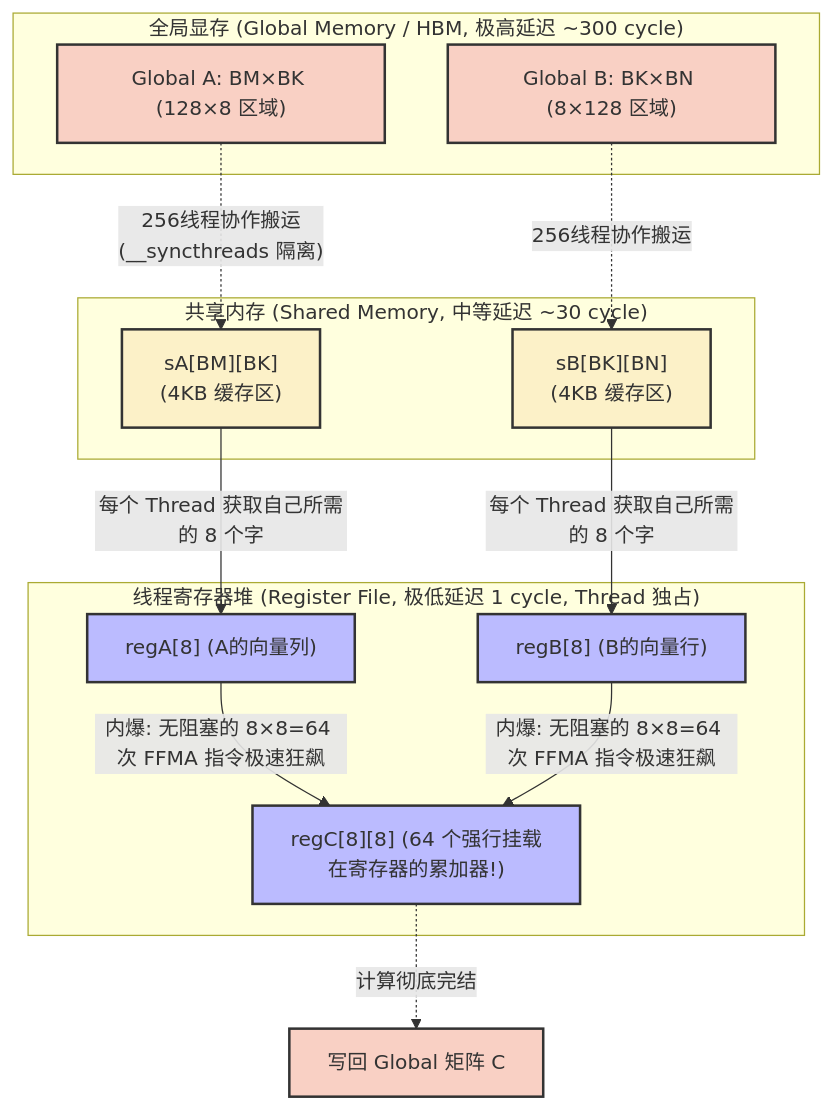
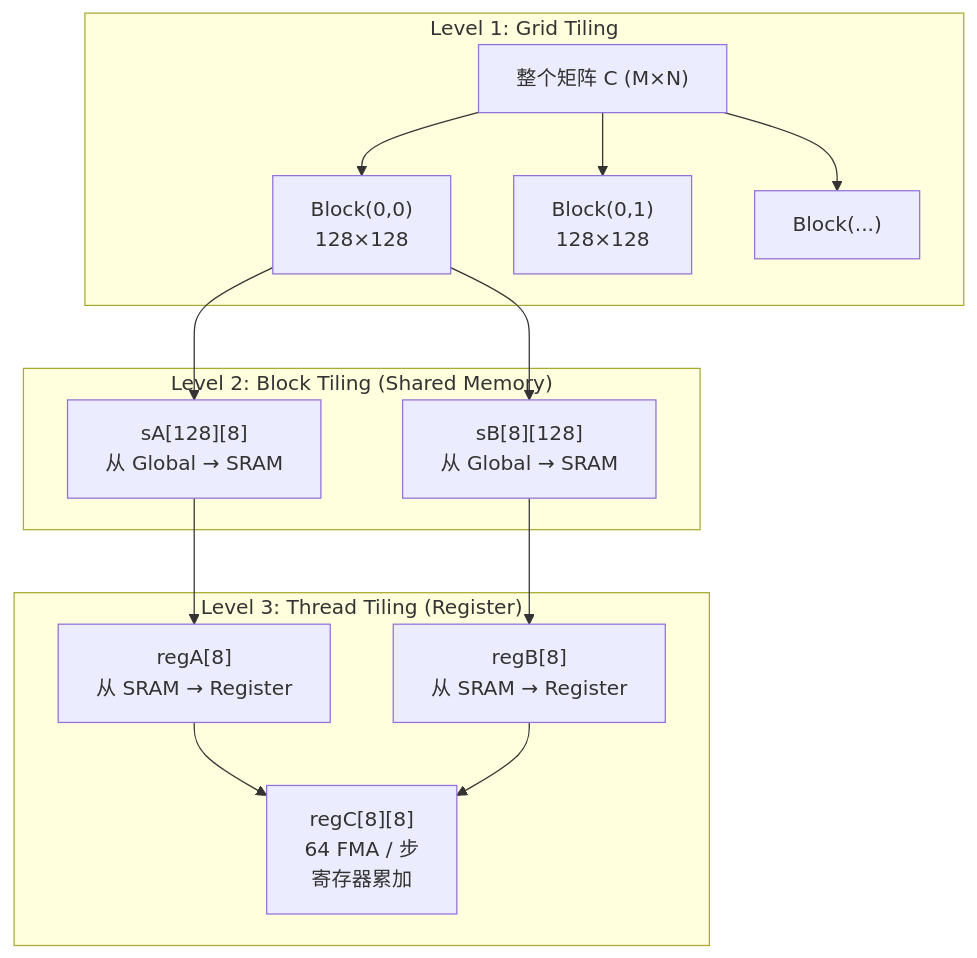
The first of 2 diagrams in Blogs/04_GEMM_Optimization_Register_Tiling.md (psmarter/CUDA-Practice), drawn with Mermaid before and after one commit. The commit also changed other lines of this file and 21 other files, not shown here.

````diff
--- a/Blogs/04_GEMM_Optimization_Register_Tiling.md
+++ b/Blogs/04_GEMM_Optimization_Register_Tiling.md
@@ -43,29 +50,21 @@
 ```mermaid
 graph TD
-    classDef gm fill:#f9d0c4,stroke:#333,stroke-width:2px;
-    classDef sm fill:#fcf1c8,stroke:#333,stroke-width:2px;
-    classDef reg fill:#bbf,stroke:#333,stroke-width:2px;
-
-    subgraph "全局显存 (Global Memory / HBM, 极高延迟 ~300 cycle)"
-        GM_A["Global A: BM×BK (128×8 区域)"]:::gm
-        GM_B["Global B: BK×BN (8×128 区域)"]:::gm
+    subgraph "Level 1: Grid Tiling"
+        G["整个矩阵 C (M×N)"]
+        G --> B0["Block(0,0)\n128×128"]
+        G --> B1["Block(0,1)\n128×128"]
+        G --> Bn["Block(...)"]
     end
 
-    subgraph "共享内存 (Shared Memory, 中等延迟 ~30 cycle)"
-        SM_A["sA[BM][BK]\n(4KB 缓存区)"]:::sm
-        SM_B["sB[BK][BN]\n(4KB 缓存区)"]:::sm
+    subgraph "Level 2: Block Tiling (Shared Memory)"
+        B0 --> SA["sA[128][8]\n从 Global → SRAM"]
+        B0 --> SB["sB[8][128]\n从 Global → SRAM"]
     end
 
-    subgraph "线程寄存器堆 (Register File, 极低延迟 1 cycle, Thread 独占)"
-        RG_A["regA[8] (A的向量列)"]:::reg
-        RG_B["regB[8] (B的向量行)"]:::reg
-        RG_C["regC[8][8] (64 个强行挂载在寄存器的累加器!)"]:::reg
+    subgraph "Level 3: Thread Tiling (Register)"
+        SA --> RA["regA[8]\n从 SRAM → Register"]
+        SB --> RB["regB[8]\n从 SRAM → Register"]
+        RA --> RC["regC[8][8]\n64 FMA / 步\n寄存器累加"]
+        RB --> RC
     end
-
-    GM_A -.->|"256线程协作搬运\n(__syncthreads 隔离)"| SM_A
-    GM_B -.->|"256线程协作搬运"| SM_B
-    SM_A -->|"每个 Thread 获取自己所需的 8 个字"| RG_A
-    SM_B -->|"每个 Thread 获取自己所需的 8 个字"| RG_B
-    RG_A & RG_B -->|"内爆: 无阻塞的 8×8=64 次 FFMA 指令极速狂飙"| RG_C
-    RG_C -.->|"计算彻底完结"| OUT["写回 Global 矩阵 C"]:::gm
 ```
````
